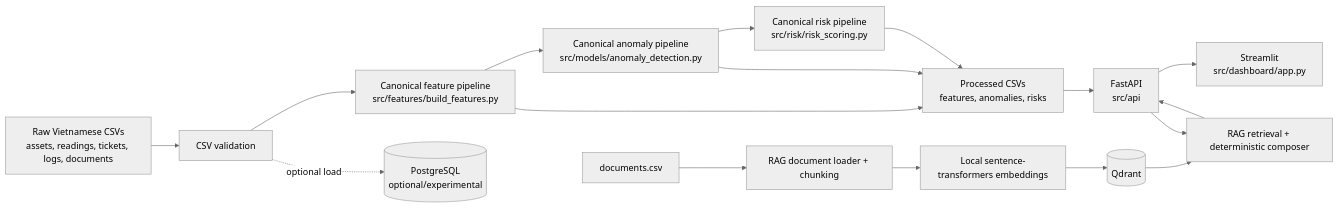
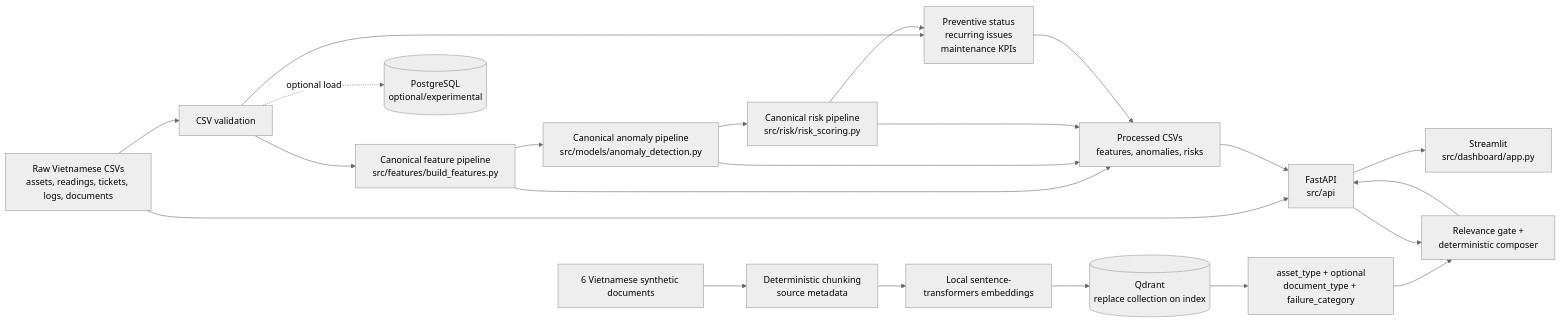
Before and after one commit to khoavd18/AI_maintain: the diagram in docs/architecture.md, drawn with Mermaid (neutral theme). The commit also changed other lines of this file and 33 other files, not shown here.

Commit message:
feat: harden maintenance RAG copilot

````diff
--- a/docs/architecture.md
+++ b/docs/architecture.md
@@ -13,30 +13,36 @@
 ```mermaid
 flowchart LR
     Raw[Raw Vietnamese CSVs<br/>assets, readings, tickets, logs, documents]
     Validation[CSV validation]
     Features[Canonical feature pipeline<br/>src/features/build_features.py]
+    Maintenance[Preventive status<br/>recurring issues<br/>maintenance KPIs]
     Anomaly[Canonical anomaly pipeline<br/>src/models/anomaly_detection.py]
     Risk[Canonical risk pipeline<br/>src/risk/risk_scoring.py]
     Processed[Processed CSVs<br/>features, anomalies, risks]
     API[FastAPI<br/>src/api]
     Dashboard[Streamlit<br/>src/dashboard/app.py]
 
     Raw --> Validation
+    Raw --> API
     Validation --> Features
+    Validation --> Maintenance
     Features --> Anomaly
     Anomaly --> Risk
+    Risk --> Maintenance
     Features --> Processed
     Anomaly --> Processed
     Risk --> Processed
+    Maintenance --> Processed
     Processed --> API
     API --> Dashboard
 
-    Docs[documents.csv] --> Chunking[RAG document loader + chunking]
+    Docs[6 Vietnamese synthetic documents] --> Chunking[Deterministic chunking<br/>source metadata]
     Chunking --> Embeddings[Local sentence-transformers embeddings]
-    Embeddings --> Qdrant[(Qdrant)]
-    Qdrant --> Copilot[RAG retrieval + deterministic composer]
+    Embeddings --> Qdrant[(Qdrant<br/>replace collection on index)]
+    Qdrant --> Filters[asset_type + optional<br/>document_type + failure_category]
+    Filters --> Copilot[Relevance gate +<br/>deterministic composer]
     API --> Copilot
     Copilot --> API
 
     Validation -. optional load .-> Postgres[(PostgreSQL<br/>optional/experimental)]
 ```
````
